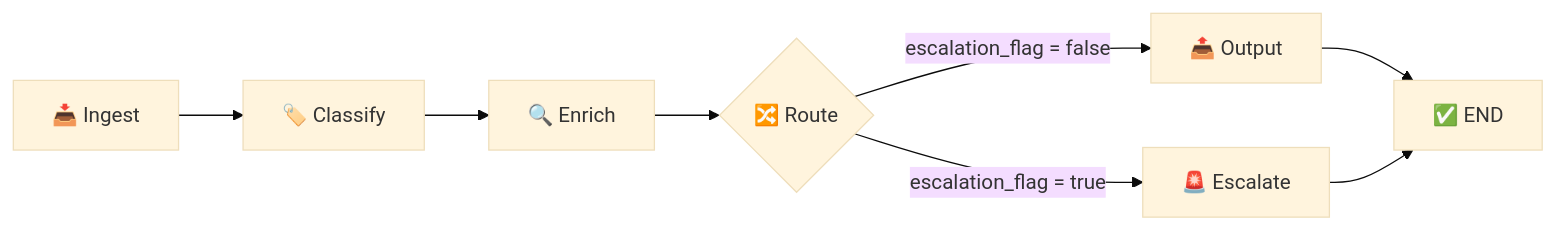
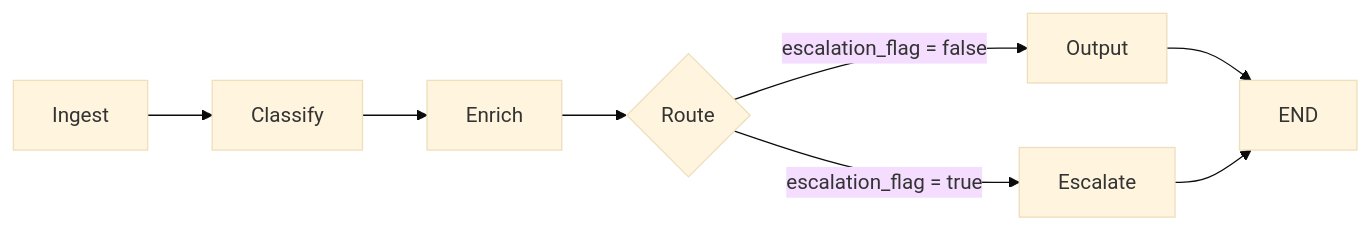
Before and after one commit to haelkh/aspire_assessment: the first of 2 diagrams in arcvault-triage/docs/architecture_writeup.md, drawn with Mermaid (base theme). The commit also changed other lines of this file and 26 other files, not shown here.

````diff
--- a/arcvault-triage/docs/architecture_writeup.md
+++ b/arcvault-triage/docs/architecture_writeup.md
@@ -11,10 +11,10 @@
 ```mermaid
 flowchart LR
-    A[📥 Ingest] --> B[🏷️ Classify]
-    B --> C[🔍 Enrich]
-    C --> D{🔀 Route}
-    D -->|escalation_flag = false| E[📤 Output]
-    D -->|escalation_flag = true| F[🚨 Escalate]
-    E --> G[✅ END]
+    A[Ingest] --> B[Classify]
+    B --> C[Enrich]
+    C --> D{Route}
+    D -->|escalation_flag = false| E[Output]
+    D -->|escalation_flag = true| F[Escalate]
+    E --> G[END]
     F --> G
 ```
````
